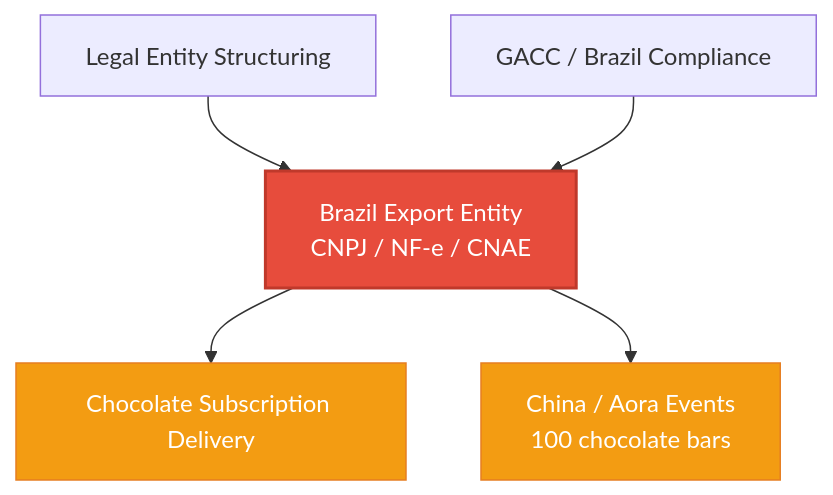
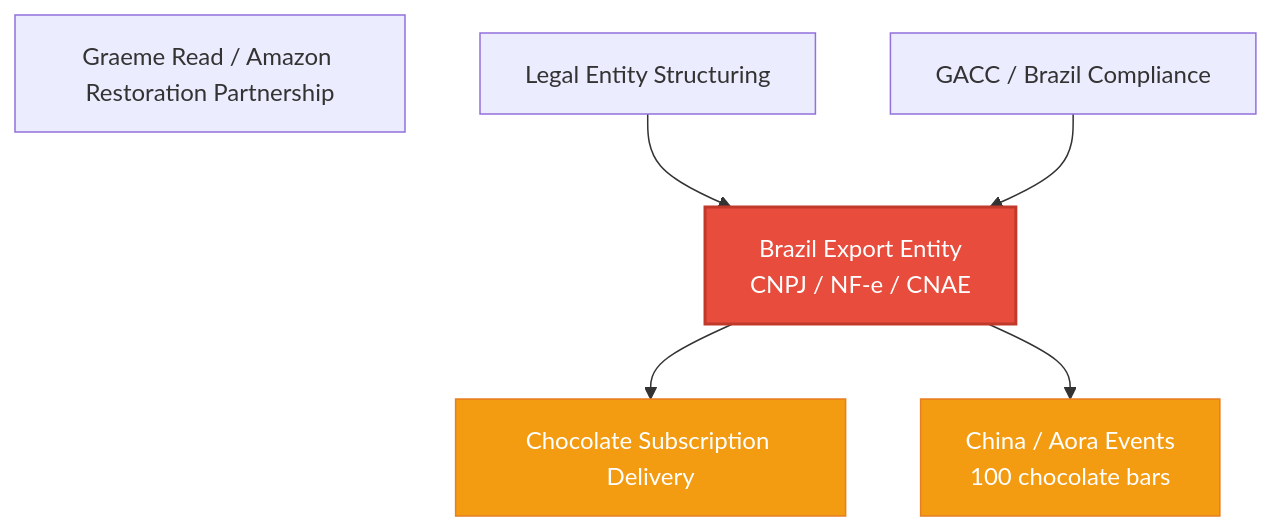
The diagram in TRACK_MAP.md (TrueSightDAO/agentic_ai_context), drawn with Mermaid before and after one commit. The commit also changed other lines of this file, not shown here.

Commit message:
Add Graeme Read track + Kopi Bar tasting + downstream logistics chain

````diff
--- a/TRACK_MAP.md
+++ b/TRACK_MAP.md
@@ -9,12 +9,13 @@
 ```mermaid
 flowchart TD
+    G[Graeme Read / Amazon Restoration Partnership]:::new
     T5[Legal Entity Structuring] --> T7
     T6[GACC / Brazil Compliance] --> T7
     T7[Brazil Export Entity<br/>CNPJ / NF-e / CNAE]:::gate --> T8
     T7 --> T9
     T8[Chocolate Subscription Delivery]:::blocked
     T9[China / Aora Events<br/>100 chocolate bars]:::blocked
 
     classDef gate fill:#e74c3c,color:#fff,stroke:#c0392b,stroke-width:2px
     classDef blocked fill:#f39c12,color:#fff,stroke:#e67e22
 ```
````
